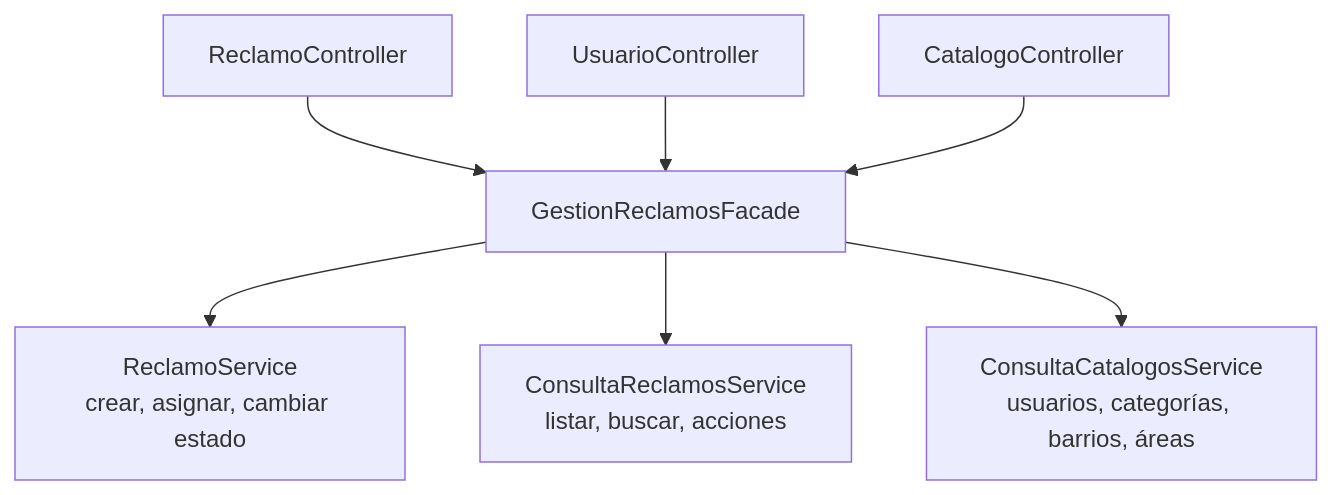
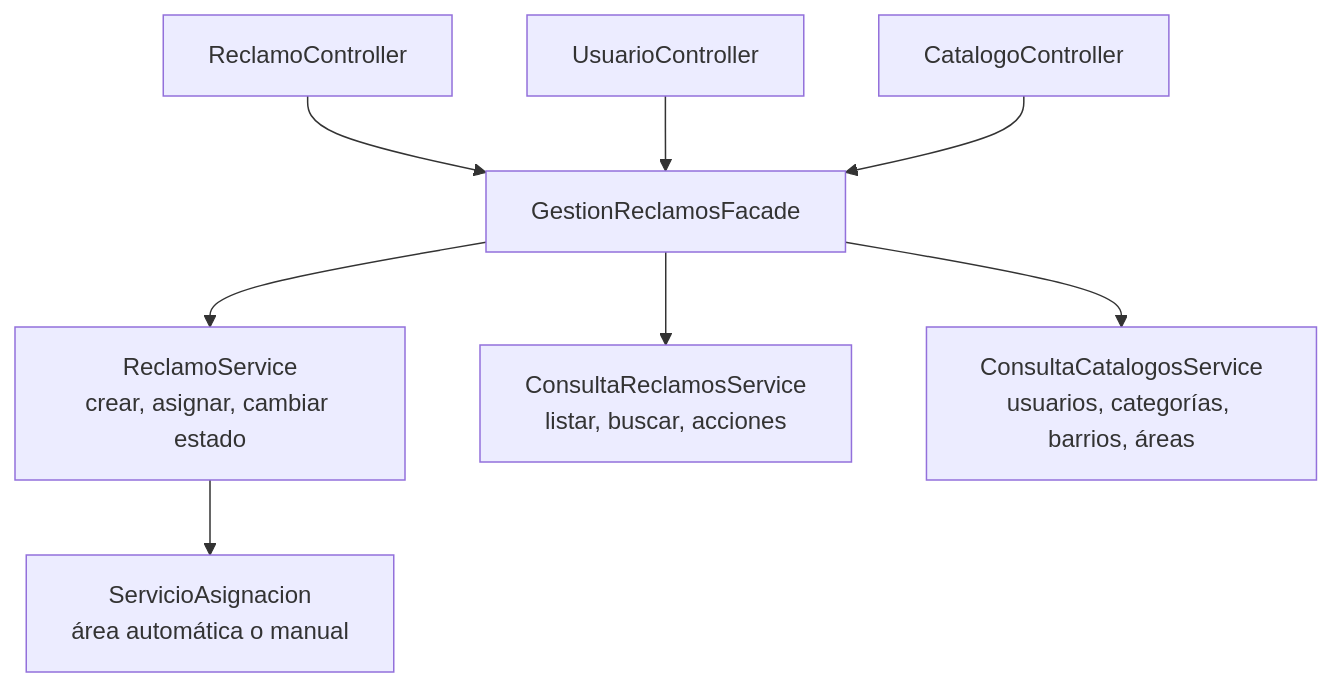
The diagram in docs/patrones.md (SanTegli/DesarrolloAppsIIGrupo10), drawn with Mermaid before and after one commit. The commit also changed other lines of this file and 37 other files, not shown here.

````diff
--- a/docs/patrones.md
+++ b/docs/patrones.md
@@ -179,9 +204,10 @@
 ```mermaid
 flowchart TB
   C1["ReclamoController"] --> F["GestionReclamosFacade"]
   C2["UsuarioController"] --> F
   C3["CatalogoController"] --> F
   F --> S1["ReclamoService<br/>crear, asignar, cambiar estado"]
+  S1 --> S4["ServicioAsignacion<br/>área automática o manual"]
   F --> S2["ConsultaReclamosService<br/>listar, buscar, acciones"]
   F --> S3["ConsultaCatalogosService<br/>usuarios, categorías, barrios, áreas"]
 ```
````
